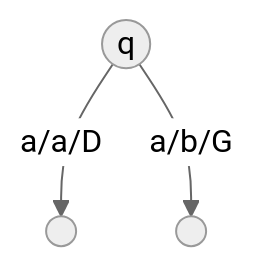
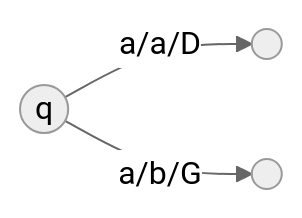
Before and after one commit to FlorianLatapie/PNS-SI4-S7_Algorithmique: the first of 2 diagrams in notes.md, drawn with Mermaid (neutral theme). The commit also changed other lines of this file, not shown here.

````diff
--- a/notes.md
+++ b/notes.md
@@ -122,5 +122,5 @@
 ```mermaid
-graph TB
+graph LR
     a((q)) --> | a/a/D | b(( ))
     a((q)) --> | a/b/G | c(( ))
 ```
````
